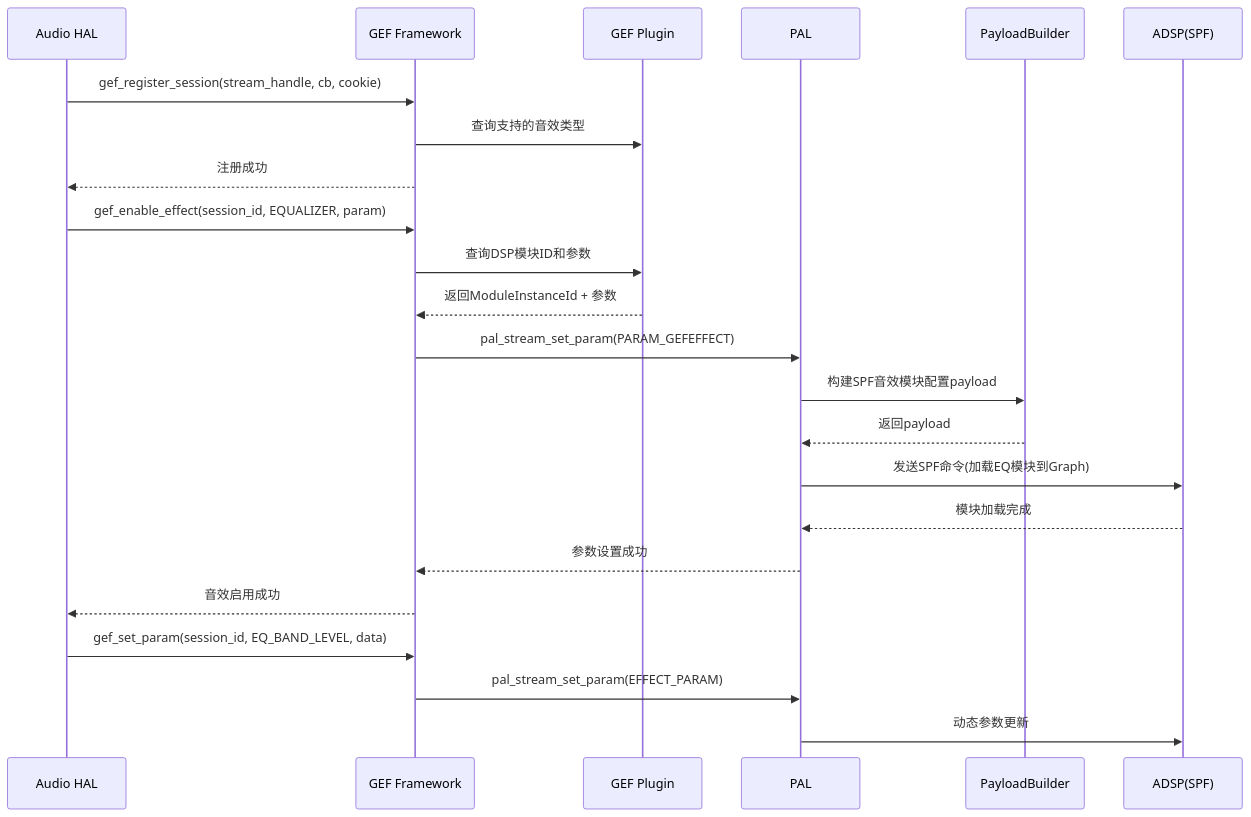
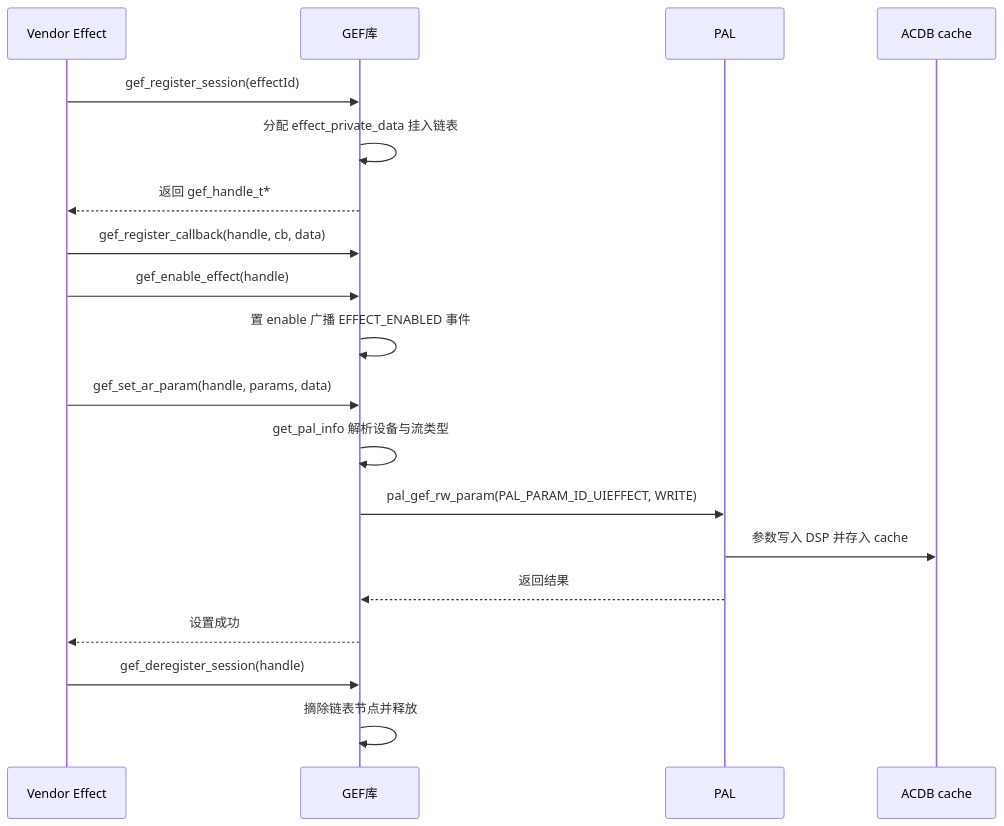
Before and after one commit to yanglinzhen1022/SA8295_AAOS_QNX_Audio_KnowledgeBase: the second of 2 diagrams in 15_PAL_Architecture/15_15.13_QC_GEF_通用音效框架.md, drawn with Mermaid. The commit also changed other lines of this file and 48 other files, not shown here.

````diff
--- a/15_PAL_Architecture/15_15.13_QC_GEF_通用音效框架.md
+++ b/15_PAL_Architecture/15_15.13_QC_GEF_通用音效框架.md
@@ -181,28 +176,25 @@
 ```mermaid
 sequenceDiagram
-    participant HAL as Audio HAL
-    participant GEF as GEF Framework
-    participant PLUGIN as GEF Plugin
+    participant VEA as Vendor Effect
+    participant GEF as GEF库
     participant PAL as PAL
-    participant PB as PayloadBuilder
-    participant DSP as ADSP(SPF)
+    participant ACDB as ACDB cache
 
-    HAL->>GEF: gef_register_session(stream_handle, cb, cookie)
-    GEF->>PLUGIN: 查询支持的音效类型
-    GEF-->>HAL: 注册成功
+    VEA->>GEF: gef_register_session(effectId)
+    GEF->>GEF: 分配 effect_private_data 挂入链表
+    GEF-->>VEA: 返回 gef_handle_t*
 
-    HAL->>GEF: gef_enable_effect(session_id, EQUALIZER, param)
-    GEF->>PLUGIN: 查询DSP模块ID和参数
-    PLUGIN-->>GEF: 返回ModuleInstanceId + 参数
-    GEF->>PAL: pal_stream_set_param(PARAM_GEFEFFECT)
-    PAL->>PB: 构建SPF音效模块配置payload
-    PB-->>PAL: 返回payload
-    PAL->>DSP: 发送SPF命令(加载EQ模块到Graph)
-    DSP-->>PAL: 模块加载完成
-    PAL-->>GEF: 参数设置成功
-    GEF-->>HAL: 音效启用成功
+    VEA->>GEF: gef_register_callback(handle, cb, data)
+    VEA->>GEF: gef_enable_effect(handle)
+    GEF->>GEF: 置 enable 广播 EFFECT_ENABLED 事件
 
-    HAL->>GEF: gef_set_param(session_id, EQ_BAND_LEVEL, data)
-    GEF->>PAL: pal_stream_set_param(EFFECT_PARAM)
-    PAL->>DSP: 动态参数更新
+    VEA->>GEF: gef_set_ar_param(handle, params, data)
+    GEF->>GEF: get_pal_info 解析设备与流类型
+    GEF->>PAL: pal_gef_rw_param(PAL_PARAM_ID_UIEFFECT, WRITE)
+    PAL->>ACDB: 参数写入 DSP 并存入 cache
+    PAL-->>GEF: 返回结果
+    GEF-->>VEA: 设置成功
+
+    VEA->>GEF: gef_deregister_session(handle)
+    GEF->>GEF: 摘除链表节点并释放
 ```
````
